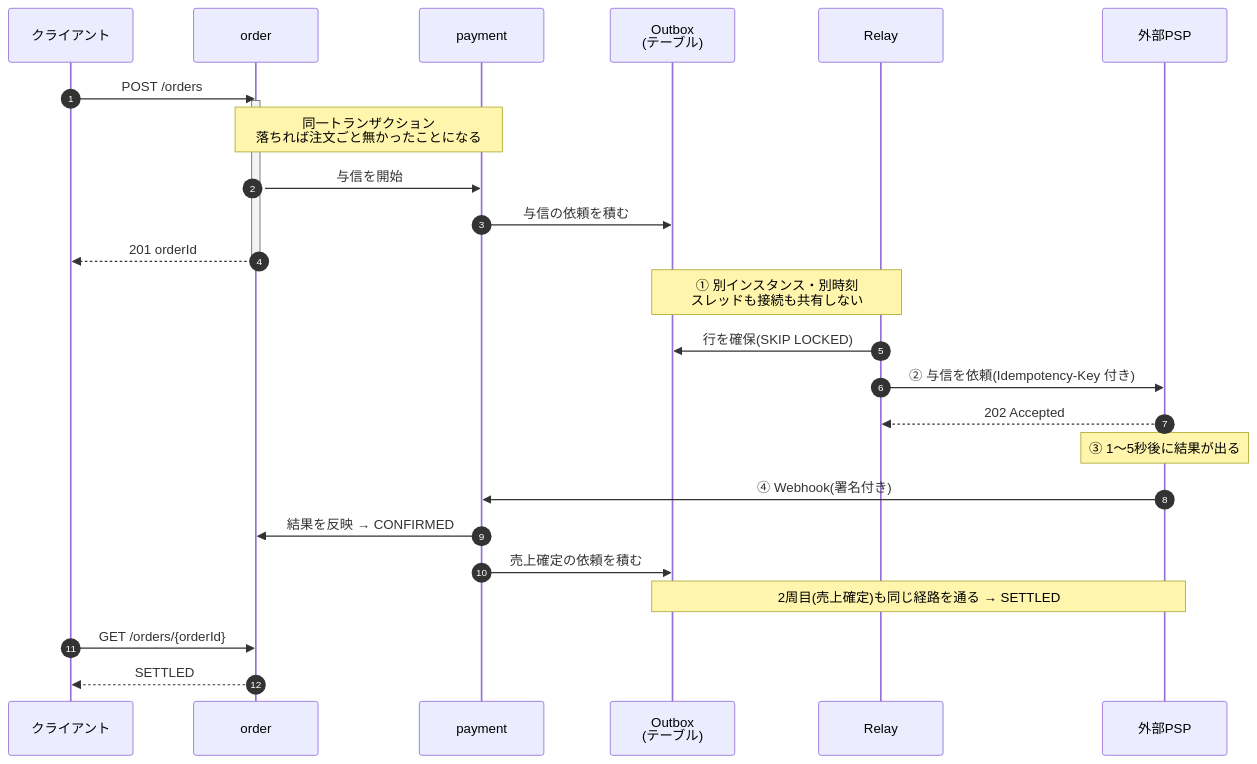
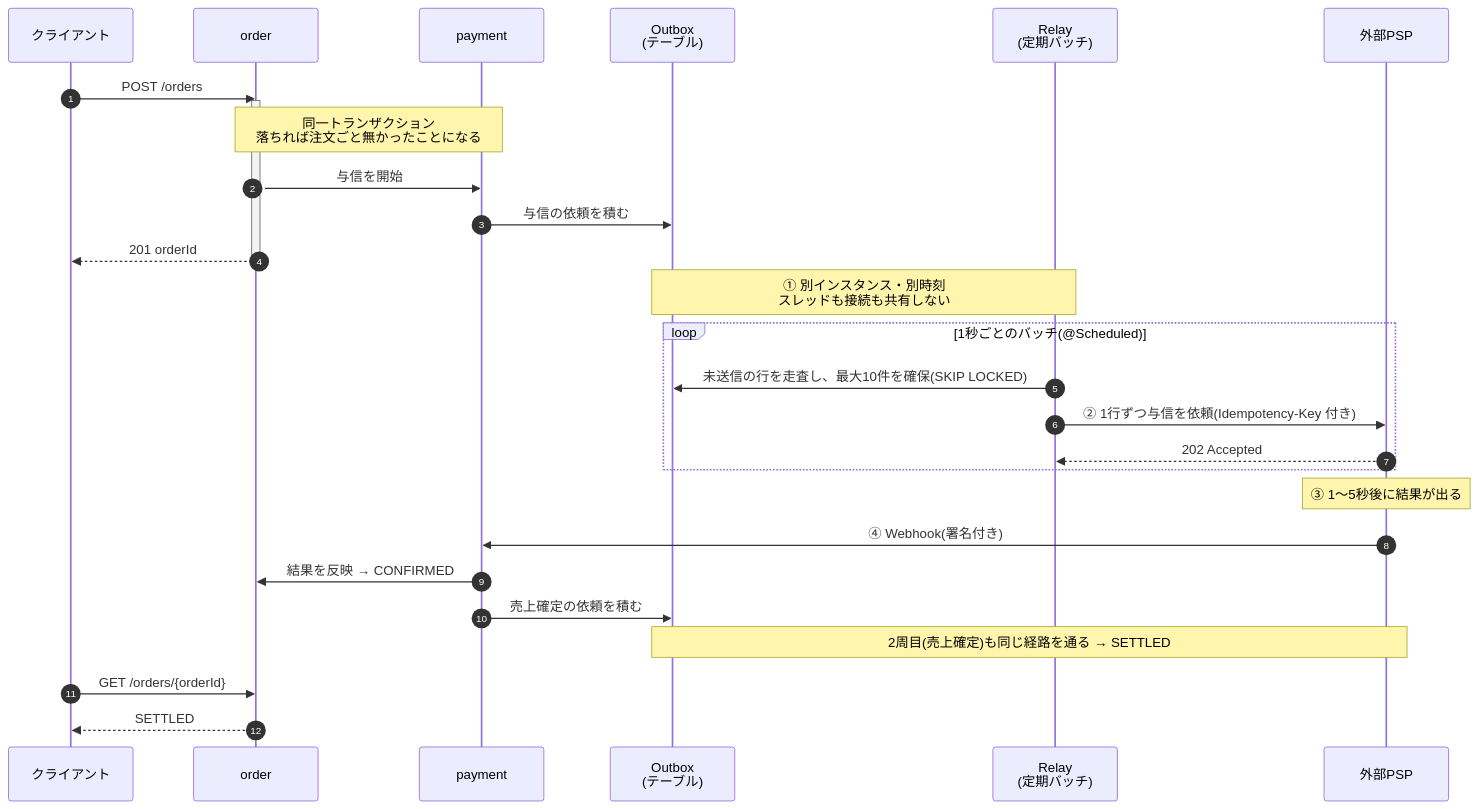
The first of 2 diagrams in README.md (mizuna325/settlement), drawn with Mermaid before and after one commit.

Commit message:
show that the relay scans the outbox in scheduled batches

````diff
--- a/README.md
+++ b/README.md
@@ -13,32 +13,34 @@
 ```mermaid
 sequenceDiagram
     autonumber
     participant C as クライアント
     participant O as order
     participant P as payment
     participant DB as Outbox<br/>(テーブル)
-    participant R as Relay
+    participant R as Relay<br/>(定期バッチ)
     participant PSP as 外部PSP
 
     C->>O: POST /orders
     activate O
     Note over O,P: 同一トランザクション<br/>落ちれば注文ごと無かったことになる
     O->>P: 与信を開始
     P->>DB: 与信の依頼を積む
     O-->>C: 201 orderId
     deactivate O
 
     Note over DB,R: ① 別インスタンス・別時刻<br/>スレッドも接続も共有しない
-    R->>DB: 行を確保(SKIP LOCKED)
-    R->>PSP: ② 与信を依頼(Idempotency-Key 付き)
-    PSP-->>R: 202 Accepted
+    loop 1秒ごとのバッチ(@Scheduled)
+        R->>DB: 未送信の行を走査し、最大10件を確保(SKIP LOCKED)
+        R->>PSP: ② 1行ずつ与信を依頼(Idempotency-Key 付き)
+        PSP-->>R: 202 Accepted
+    end
     Note over PSP: ③ 1〜5秒後に結果が出る
     PSP->>P: ④ Webhook(署名付き)
     P->>O: 結果を反映 → CONFIRMED
     P->>DB: 売上確定の依頼を積む
 
     Note over DB,PSP: 2周目(売上確定)も同じ経路を通る → SETTLED
 
     C->>O: GET /orders/{orderId}
     O-->>C: SETTLED
 ```
````
